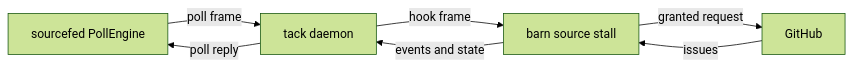
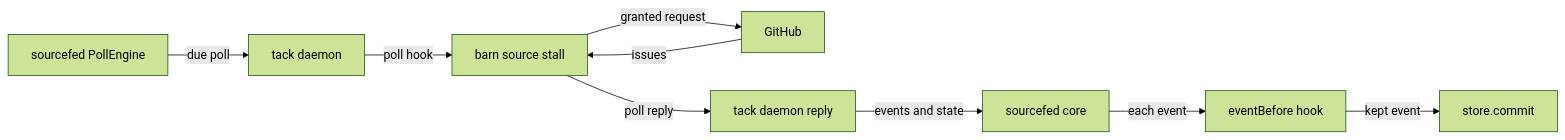
The diagram in docs/plans/source-sdk.md (wrkhse/tack), drawn with Mermaid (forest theme) before and after one commit. The commit also changed other lines of this file, not shown here.

````diff
--- a/docs/plans/source-sdk.md
+++ b/docs/plans/source-sdk.md
@@ -13,9 +12,11 @@
 ```mermaid
 flowchart LR
-    Engine["sourcefed PollEngine"] -->|"poll frame"| Tack["tack daemon"]
-    Tack -->|"hook frame"| Barn["barn source stall"]
+    Engine["sourcefed PollEngine"] -->|"due poll"| Tack["tack daemon"]
+    Tack -->|"poll hook"| Barn["barn source stall"]
     Barn -->|"granted request"| GitHub["GitHub"]
     GitHub -->|"issues"| Barn
-    Barn -->|"events and state"| Tack
-    Tack -->|"poll reply"| Engine
+    Barn -->|"poll reply"| Relay["tack daemon reply"]
+    Relay -->|"events and state"| Core["sourcefed core"]
+    Core -->|"each event"| Hook["eventBefore hook"]
+    Hook -->|"kept event"| Store["store.commit"]
 ```
````
